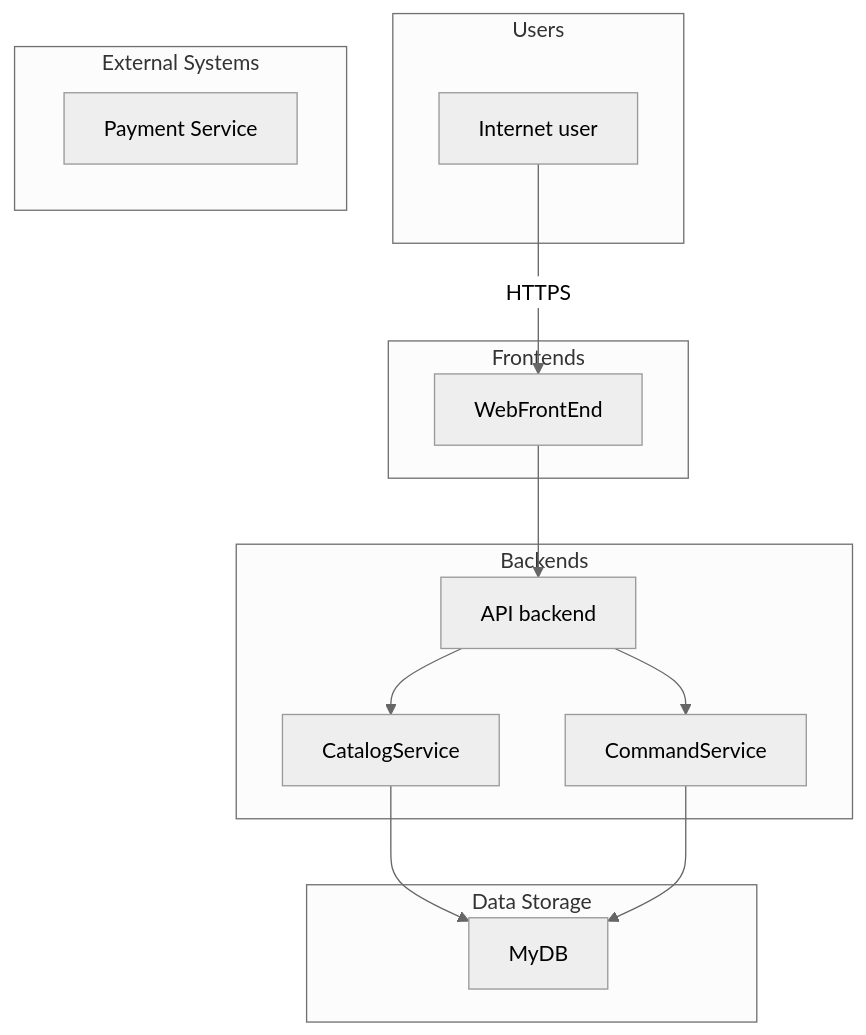
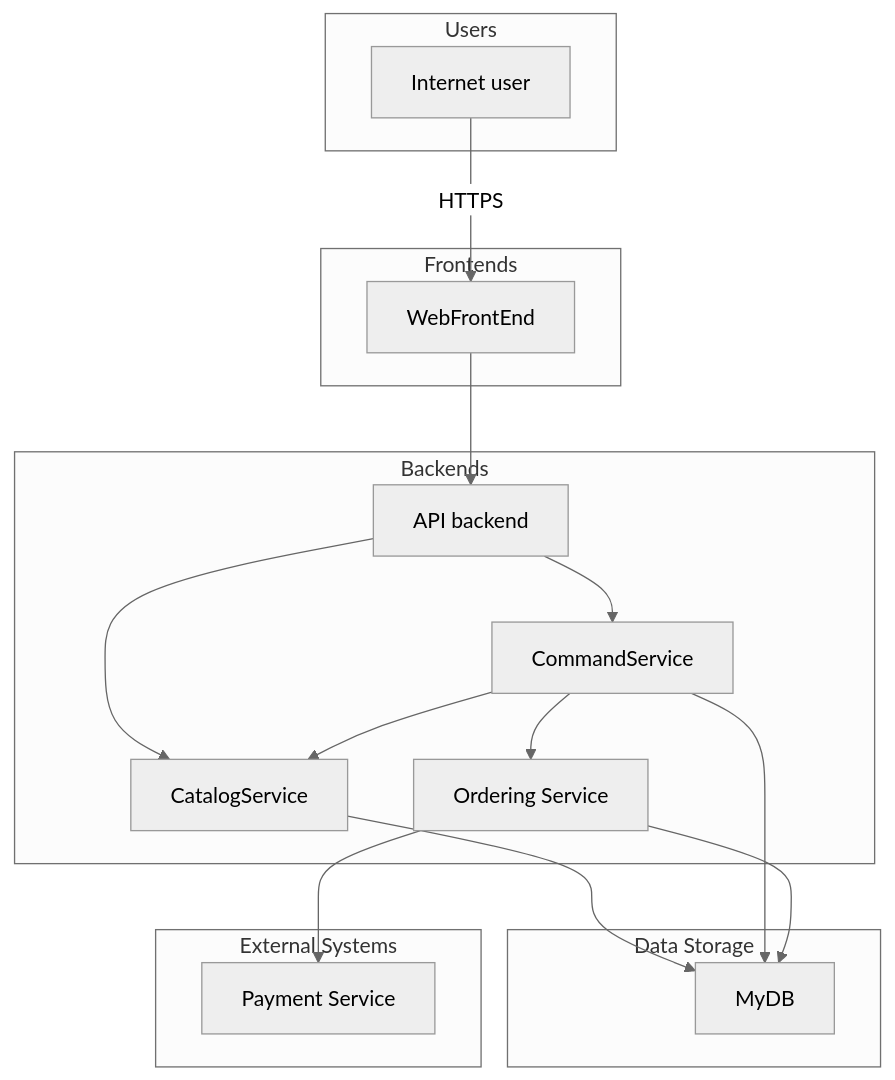
Before and after one commit to mauvaisetroupe/blueprintgen: the diagram in example.mermaid, drawn with Mermaid. The commit also changed other lines of this file and 1 other file, not shown here.

Commit message:
fix : syntax only for sequence diagrams

```diff
--- a/example.mermaid
+++ b/example.mermaid
@@ -1,29 +1,34 @@
 ---
 config:
     theme: neutral
 ---
 
 flowchart TB
   subgraph Users
     internet_user["Internet user"]
   end
   subgraph Frontends
     webfrontend["WebFrontEnd"]
   end
   subgraph Backends
     api_backend["API backend"]
     catalogservice["CatalogService"]
     commandservice["CommandService"]
+    ordering_service["Ordering Service"]
   end
   subgraph Data Storage
     mydb["MyDB"]
   end
   subgraph External Systems
     payment_service["Payment Service"]
   end
   internet_user -->|HTTPS| webfrontend
   webfrontend --> api_backend
   api_backend --> catalogservice
   api_backend --> commandservice
   catalogservice --> mydb
   commandservice --> mydb
+  commandservice --> ordering_service
+  ordering_service --> payment_service
+  ordering_service --> mydb
+  commandservice --> catalogservice
```
